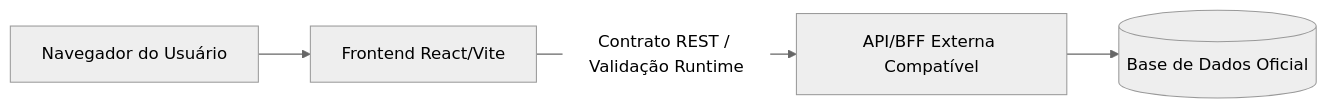
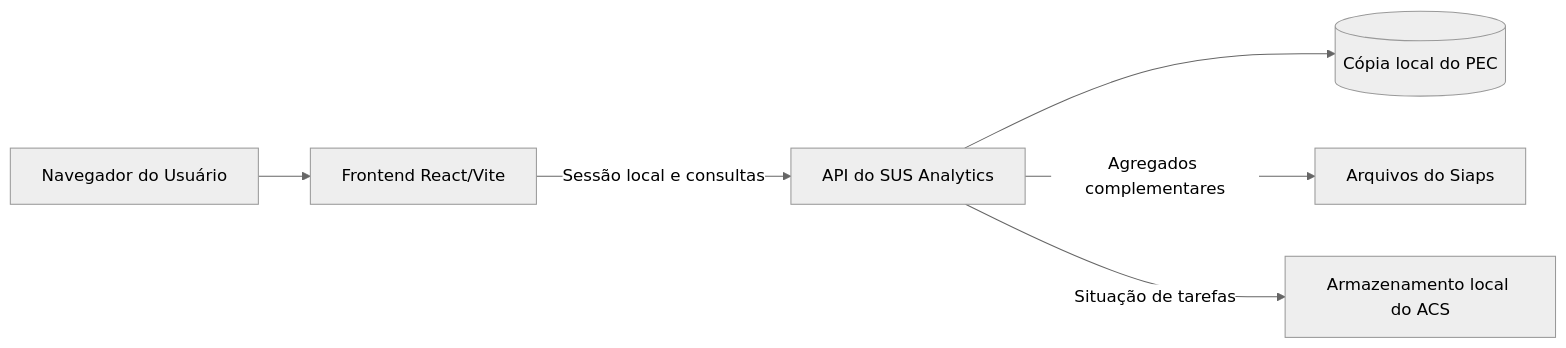
The diagram in README.md (sus-digital-labs/gerencia-aps), drawn with Mermaid (neutral theme) before and after one commit. The commit also changed other lines of this file and 101 other files, not shown here.

Commit message:
feat: integra SUS Analytics Web ao PEC local

````diff
--- a/README.md
+++ b/README.md
@@ -109,6 +90,8 @@
 ```mermaid
 flowchart LR
   Browser[Navegador do Usuário] --> SPA[Frontend React/Vite]
-  SPA -->|Contrato REST / Validação Runtime| API[API/BFF Externa Compatível]
-  API --> DB[(Base de Dados Oficial)]
+  SPA -->|Sessão local e consultas| API[API do SUS Analytics]
+  API --> DB[(Cópia local do PEC)]
+  API -->|Agregados complementares| SIAPS[Arquivos do Siaps]
+  API -->|Situação de tarefas| ACS[Armazenamento local do ACS]
 ```
````
